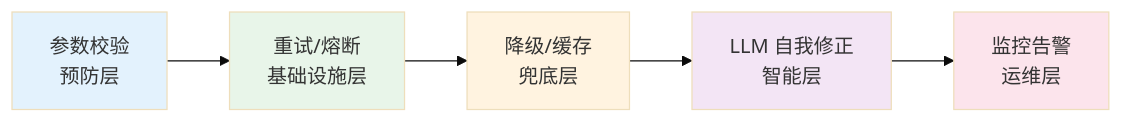
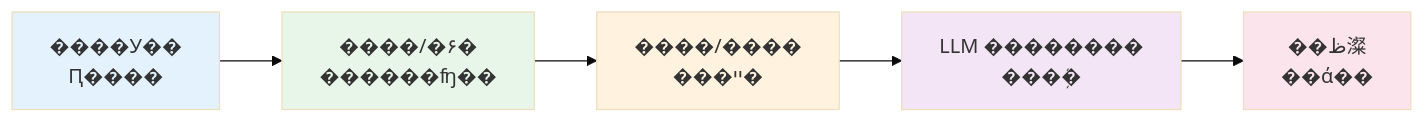
Before and after one commit to TimeHunter618/hugo-maid-dev: the ninth of 9 diagrams in content/post/ai-interview/Agent工具调用失败如何处理.zh-CN.md, drawn with Mermaid (base theme). The commit also changed other lines of this file and 70 other files, not shown here.

````diff
--- a/content/post/ai-interview/Agent工具调用失败如何处理.zh-CN.md
+++ b/content/post/ai-interview/Agent工具调用失败如何处理.zh-CN.md
@@ -694,13 +694,13 @@
 ```mermaid
 graph LR
-    A[参数校验<br/>预防层] --> B[重试/熔断<br/>基础设施层]
-    B --> C[降级/缓存<br/>兜底层]
-    C --> D[LLM 自我修正<br/>智能层]
-    D --> E[监控告警<br/>运维层]
+    A[����У��<br/>Ԥ����] --> B[����/�۶�<br/>������ʩ��]
+    B --> C[����/����<br/>���ײ�]
+    C --> D[LLM ��������<br/>���ܲ�]
+    D --> E[��ظ澯<br/>��ά��]
 
     style A fill:#e3f2fd
     style B fill:#e8f5e9
     style C fill:#fff3e0
     style D fill:#f3e5f5
     style E fill:#fce4ec
 ```
````
